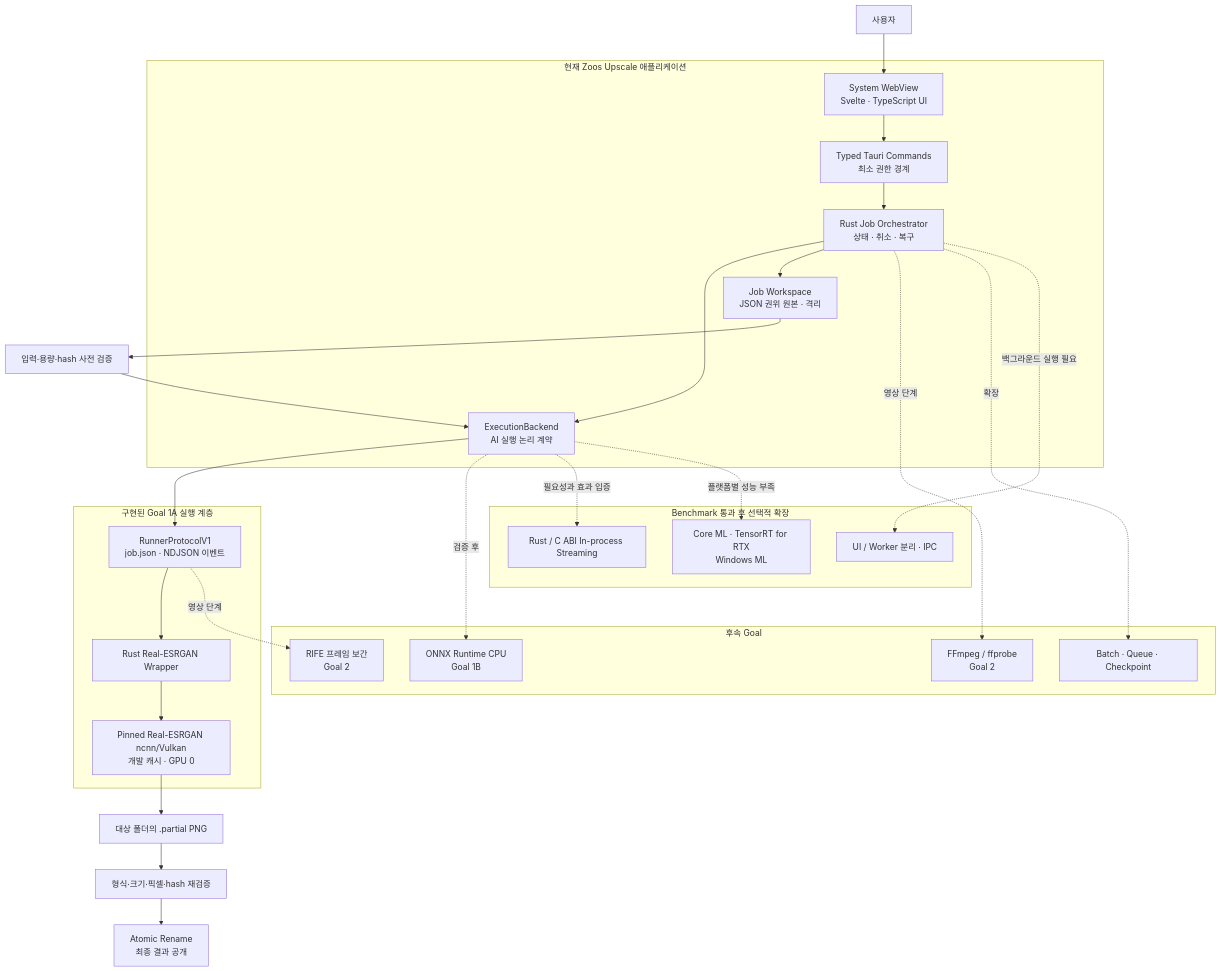
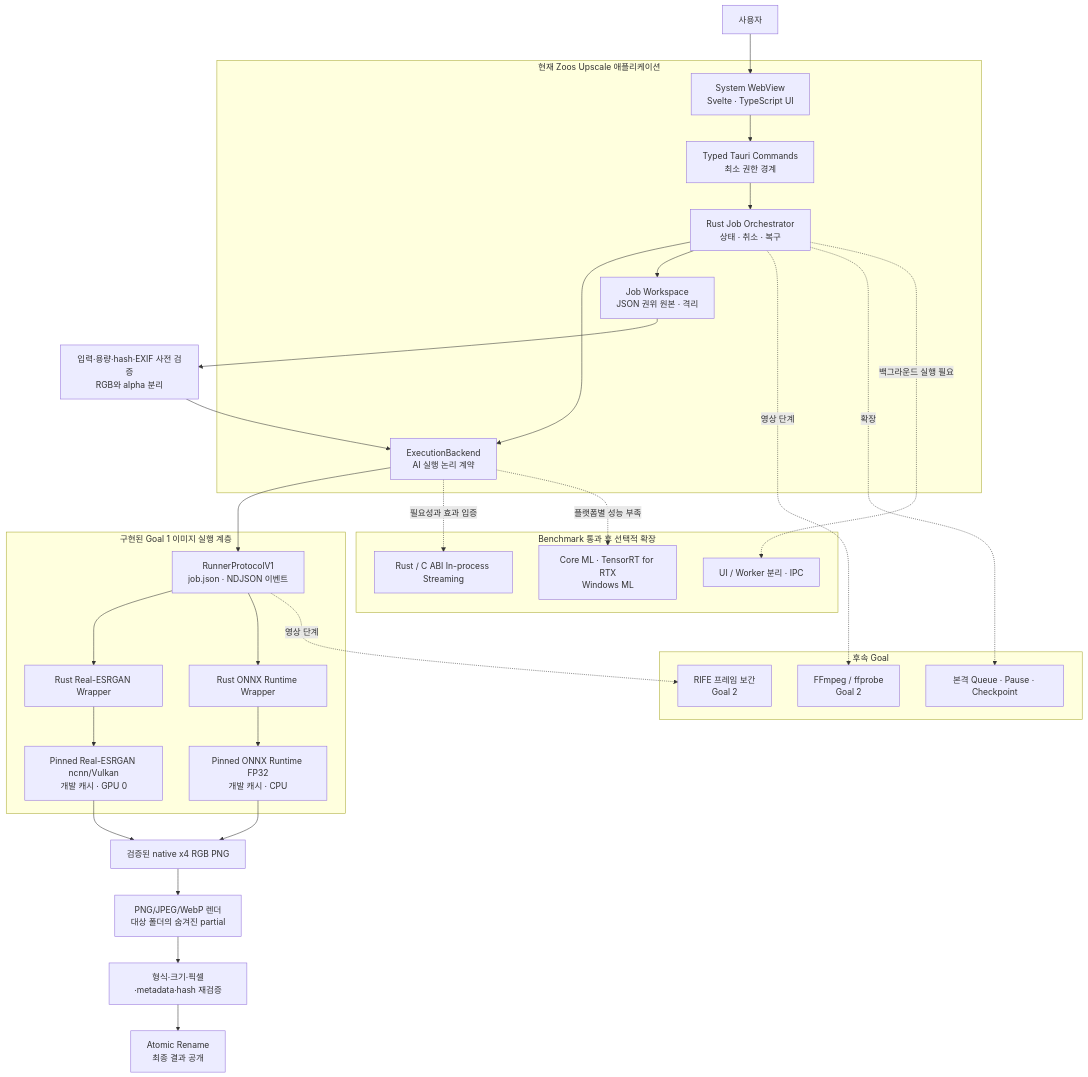
Before and after one commit to zooslab/zoos-upscale: the first of 9 diagrams in ARCHITECTURE.md, drawn with Mermaid. The commit also changed other lines of this file and 2 other files, not shown here.

Commit message:
docs: Goal 1B 구현 현황 반영

````diff
--- a/ARCHITECTURE.md
+++ b/ARCHITECTURE.md
@@ -35,45 +37,47 @@
 ```mermaid
 flowchart TB
     USER["사용자"] --> UI["System WebView<br/>Svelte · TypeScript UI"]
 
     subgraph APP["현재 Zoos Upscale 애플리케이션"]
         UI --> CMD["Typed Tauri Commands<br/>최소 권한 경계"]
         CMD --> ORCH["Rust Job Orchestrator<br/>상태 · 취소 · 복구"]
         ORCH --> EXEC["ExecutionBackend<br/>AI 실행 논리 계약"]
         ORCH --> STORE["Job Workspace<br/>JSON 권위 원본 · 격리"]
     end
 
-    subgraph G1A["구현된 Goal 1A 실행 계층"]
+    subgraph G1["구현된 Goal 1 이미지 실행 계층"]
         EXEC --> PROTOCOL["RunnerProtocolV1<br/>job.json · NDJSON 이벤트"]
-        PROTOCOL --> WRAP["Rust Real-ESRGAN Wrapper"]
-        WRAP --> ESR["Pinned Real-ESRGAN ncnn/Vulkan<br/>개발 캐시 · GPU 0"]
+        PROTOCOL --> GPUWRAP["Rust Real-ESRGAN Wrapper"]
+        PROTOCOL --> CPUWRAP["Rust ONNX Runtime Wrapper"]
+        GPUWRAP --> ESR["Pinned Real-ESRGAN ncnn/Vulkan<br/>개발 캐시 · GPU 0"]
+        CPUWRAP --> ORT["Pinned ONNX Runtime FP32<br/>개발 캐시 · CPU"]
     end
 
-    STORE --> PREFLIGHT["입력·용량·hash 사전 검증"]
+    STORE --> PREFLIGHT["입력·용량·hash·EXIF 사전 검증<br/>RGB와 alpha 분리"]
     PREFLIGHT --> EXEC
-    ESR --> PARTIAL["대상 폴더의 .partial PNG"]
-    PARTIAL --> VERIFY["형식·크기·픽셀·hash 재검증"]
+    ESR --> X4RGB["검증된 native x4 RGB PNG"]
+    ORT --> X4RGB
+    X4RGB --> PARTIAL["PNG/JPEG/WebP 렌더<br/>대상 폴더의 숨겨진 partial"]
+    PARTIAL --> VERIFY["형식·크기·픽셀·metadata·hash 재검증"]
     VERIFY --> OUTPUT["Atomic Rename<br/>최종 결과 공개"]
 
     subgraph NEXT["후속 Goal"]
-        ORT["ONNX Runtime CPU<br/>Goal 1B"]
         MEDIA["FFmpeg / ffprobe<br/>Goal 2"]
         RIFE["RIFE 프레임 보간<br/>Goal 2"]
-        QUEUE["Batch · Queue · Checkpoint"]
+        QUEUE["본격 Queue · Pause · Checkpoint"]
     end
 
-    EXEC -. 검증 후 .-> ORT
     ORCH -. 영상 단계 .-> MEDIA
     PROTOCOL -. 영상 단계 .-> RIFE
     ORCH -. 확장 .-> QUEUE
 
     subgraph LATER["Benchmark 통과 후 선택적 확장"]
         NATIVE["Rust / C ABI In-process Streaming"]
         VENDOR["Core ML · TensorRT for RTX<br/>Windows ML"]
         WORKER["UI / Worker 분리 · IPC"]
     end
 
     EXEC -. 필요성과 효과 입증 .-> NATIVE
     EXEC -. 플랫폼별 성능 부족 .-> VENDOR
     ORCH -. 백그라운드 실행 필요 .-> WORKER
 ```
````
